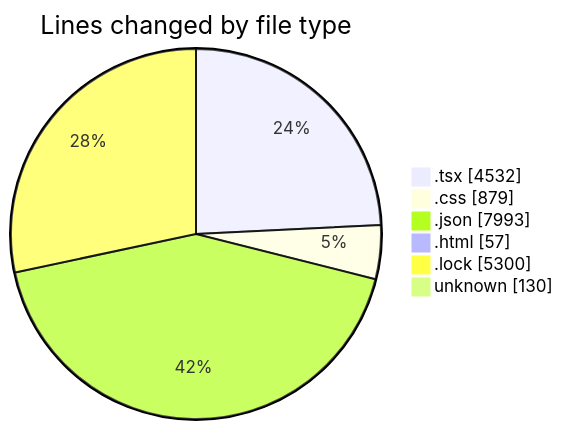
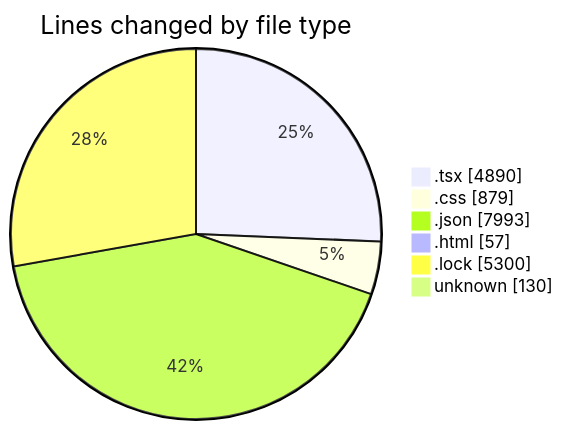
One commit to EIIisD/code-tracking changed the first of 2 diagrams in 2025-08-12/ribbon/README.md. Above: the diagram before and after it, drawn with Mermaid. The commit also changed other lines of this file and 1 other file, not shown here.

````diff
--- a/2025-08-12/ribbon/README.md
+++ b/2025-08-12/ribbon/README.md
@@ -41,10 +41,10 @@
 ```mermaid
 pie showData
 title Lines changed by file type
-".tsx" : 4532
+".tsx" : 4890
 ".css" : 879
 ".json" : 7993
 ".html" : 57
 ".lock" : 5300
 "unknown" : 130
 ```
````
